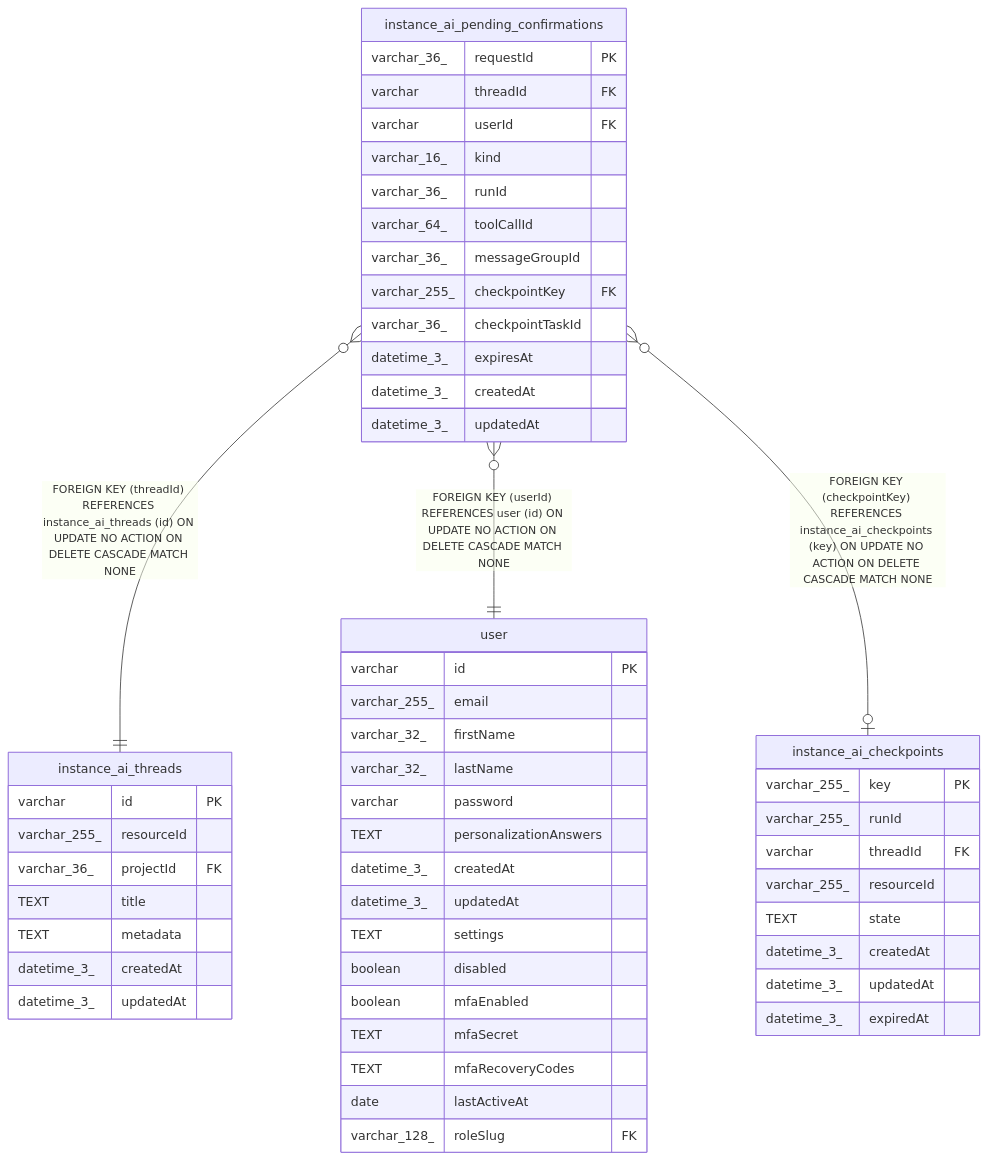
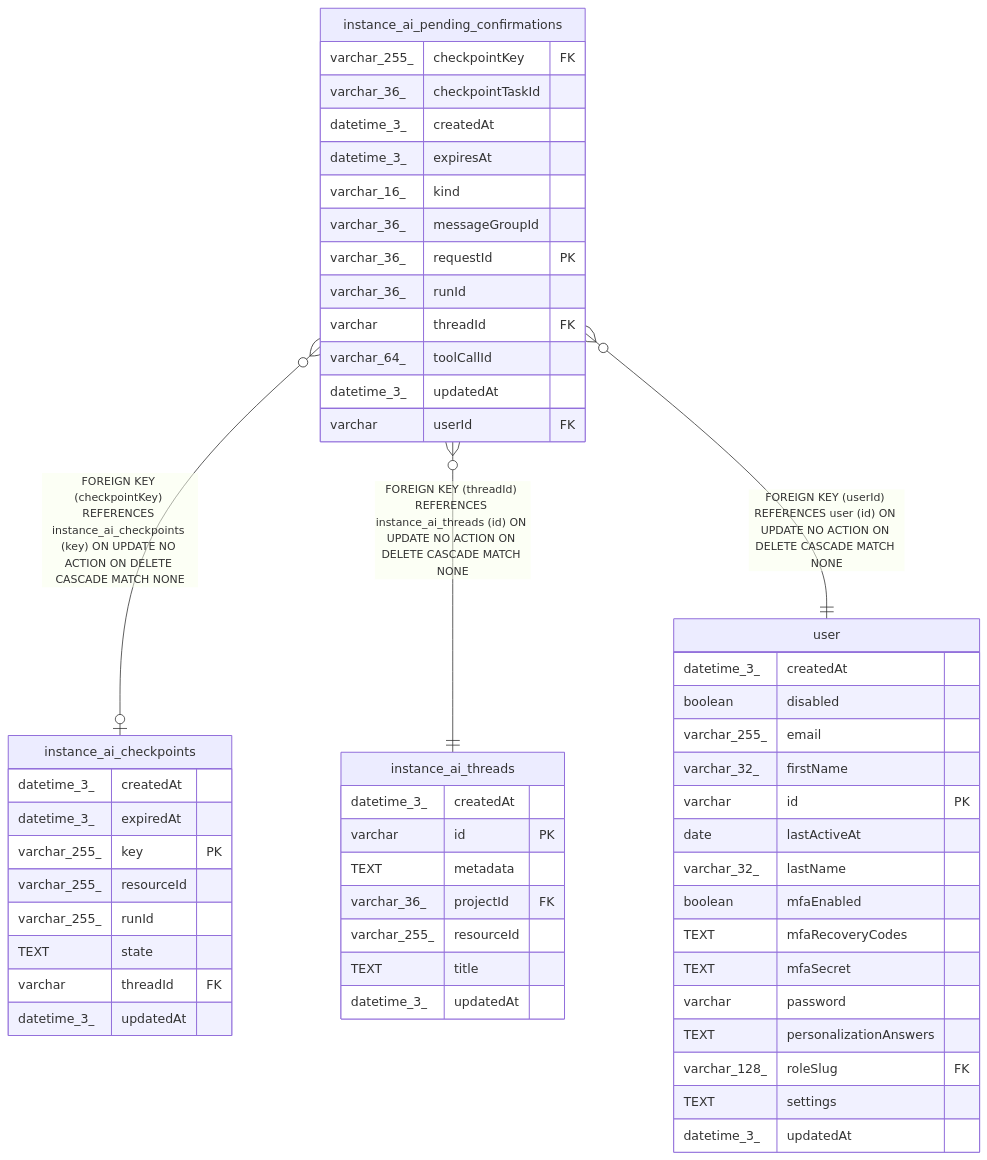
One commit to mayankjain1815-commits/n8n changed the diagram in docs/generated/sqlite-schema/instance_ai_pending_confirmations.md. Above: the diagram before and after it, drawn with Mermaid. The commit also changed other lines of this file and 221 other files, not shown here.

Commit message:
chore(core): Make DB schema docs generation deterministic (#32373)

````diff
--- a/docs/generated/sqlite-schema/instance_ai_pending_confirmations.md
+++ b/docs/generated/sqlite-schema/instance_ai_pending_confirmations.md
@@ -54,58 +54,58 @@
 ```mermaid
 erDiagram
 
+"instance_ai_pending_confirmations" }o--o| "instance_ai_checkpoints" : "FOREIGN KEY (checkpointKey) REFERENCES instance_ai_checkpoints (key) ON UPDATE NO ACTION ON DELETE CASCADE MATCH NONE"
 "instance_ai_pending_confirmations" }o--|| "instance_ai_threads" : "FOREIGN KEY (threadId) REFERENCES instance_ai_threads (id) ON UPDATE NO ACTION ON DELETE CASCADE MATCH NONE"
 "instance_ai_pending_confirmations" }o--|| "user" : "FOREIGN KEY (userId) REFERENCES user (id) ON UPDATE NO ACTION ON DELETE CASCADE MATCH NONE"
-"instance_ai_pending_confirmations" }o--o| "instance_ai_checkpoints" : "FOREIGN KEY (checkpointKey) REFERENCES instance_ai_checkpoints (key) ON UPDATE NO ACTION ON DELETE CASCADE MATCH NONE"
 
 "instance_ai_pending_confirmations" {
-  varchar_36_ requestId PK
-  varchar threadId FK
-  varchar userId FK
-  varchar_16_ kind
-  varchar_36_ runId
-  varchar_64_ toolCallId
-  varchar_36_ messageGroupId
   varchar_255_ checkpointKey FK
   varchar_36_ checkpointTaskId
+  datetime_3_ createdAt
   datetime_3_ expiresAt
+  varchar_16_ kind
+  varchar_36_ messageGroupId
+  varchar_36_ requestId PK
+  varchar_36_ runId
+  varchar threadId FK
+  varchar_64_ toolCallId
+  datetime_3_ updatedAt
+  varchar userId FK
+}
+"instance_ai_checkpoints" {
   datetime_3_ createdAt
+  datetime_3_ expiredAt
+  varchar_255_ key PK
+  varchar_255_ resourceId
+  varchar_255_ runId
+  TEXT state
+  varchar threadId FK
   datetime_3_ updatedAt
 }
 "instance_ai_threads" {
+  datetime_3_ createdAt
   varchar id PK
+  TEXT metadata
+  varchar_36_ projectId FK
   varchar_255_ resourceId
-  varchar_36_ projectId FK
   TEXT title
-  TEXT metadata
-  datetime_3_ createdAt
   datetime_3_ updatedAt
 }
 "user" {
-  varchar id PK
+  datetime_3_ createdAt
+  boolean disabled
   varchar_255_ email
   varchar_32_ firstName
+  varchar id PK
+  date lastActiveAt
   varchar_32_ lastName
+  boolean mfaEnabled
+  TEXT mfaRecoveryCodes
+  TEXT mfaSecret
   varchar password
   TEXT personalizationAnswers
-  datetime_3_ createdAt
+  varchar_128_ roleSlug FK
+  TEXT settings
   datetime_3_ updatedAt
-  TEXT settings
-  boolean disabled
-  boolean mfaEnabled
-  TEXT mfaSecret
-  TEXT mfaRecoveryCodes
-  date lastActiveAt
-  varchar_128_ roleSlug FK
-}
-"instance_ai_checkpoints" {
-  varchar_255_ key PK
-  varchar_255_ runId
-  varchar threadId FK
-  varchar_255_ resourceId
-  TEXT state
-  datetime_3_ createdAt
-  datetime_3_ updatedAt
-  datetime_3_ expiredAt
 }
 ```
````
